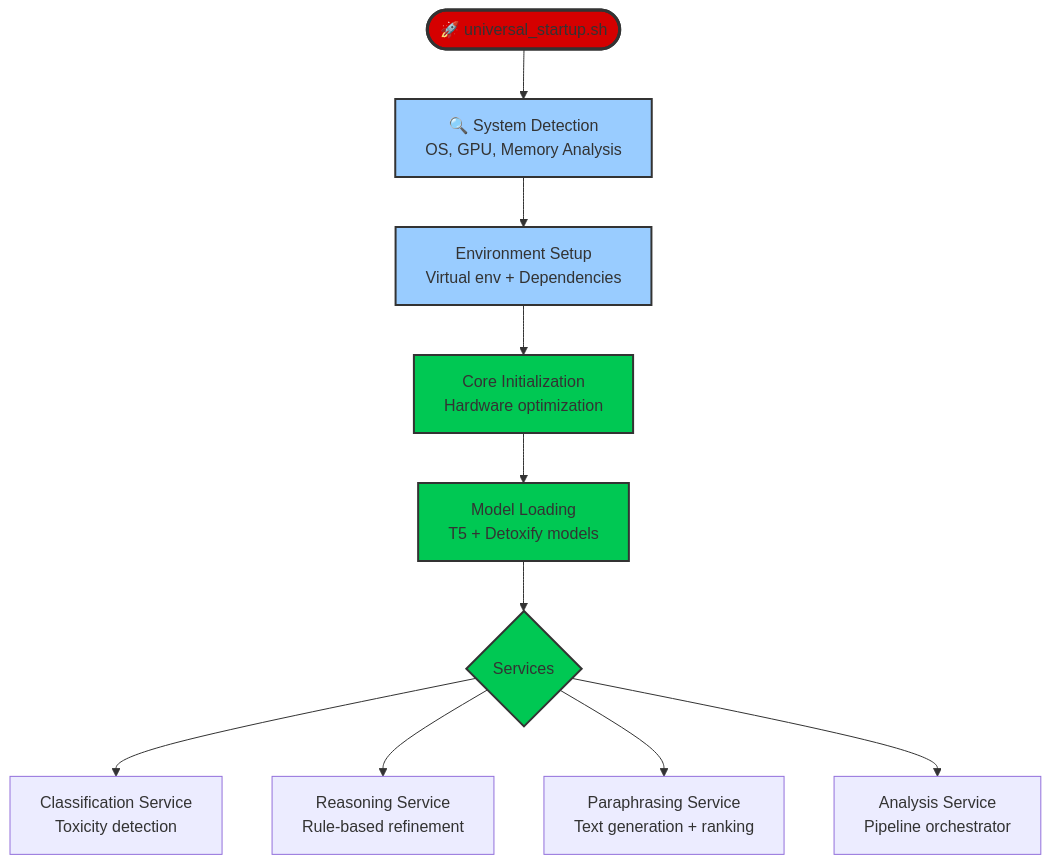
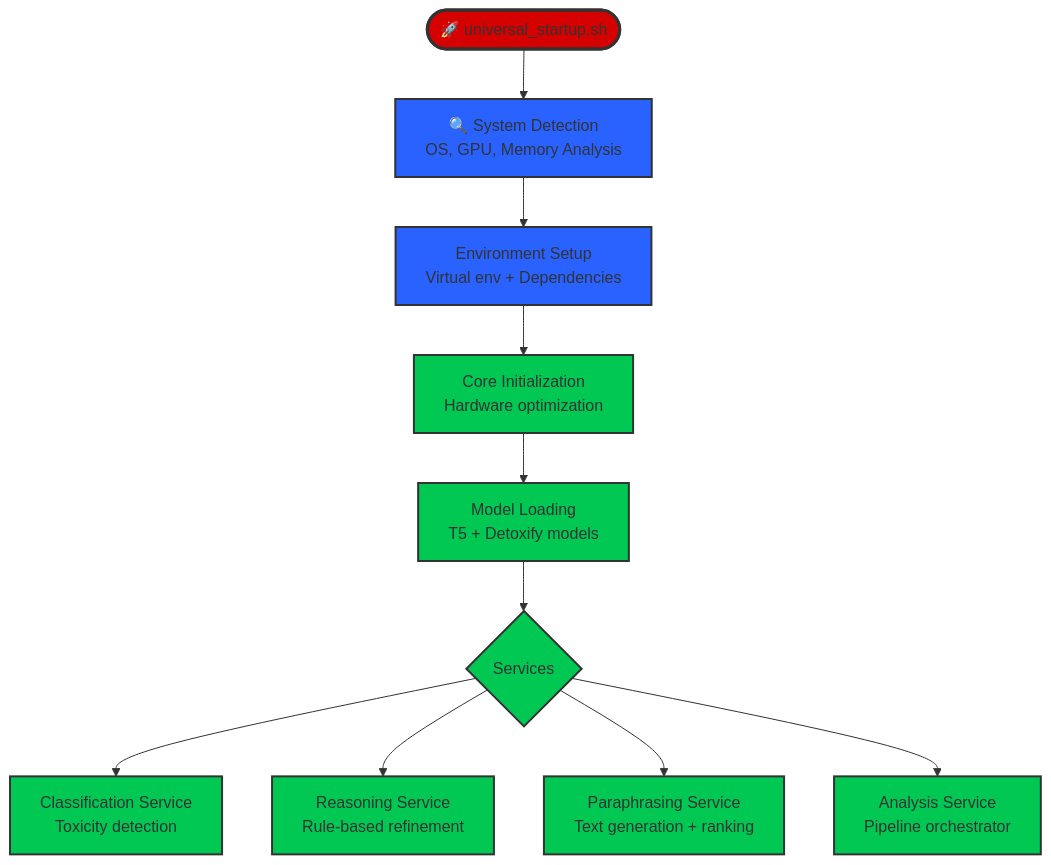
Before and after one commit to AntonioRinaldidev/toxic-radar: the first of 2 diagrams in AI/README.MD, drawn with Mermaid.

````diff
--- a/AI/README.MD
+++ b/AI/README.MD
@@ -79,20 +79,24 @@
 ```mermaid
 flowchart TD
     Start([🚀 universal_startup.sh]) --> SystemDetect[🔍 System Detection<br/>OS, GPU, Memory Analysis]
     SystemDetect --> VenvSetup[Environment Setup<br/>Virtual env + Dependencies]
     VenvSetup --> CoreInit[Core Initialization<br/>Hardware optimization]
     CoreInit --> ModelLoad[Model Loading<br/>T5 + Detoxify models]
     ModelLoad --> Services{Services}
     
     Services --> Classifier[Classification Service<br/>Toxicity detection]
     Services --> Reasoning[Reasoning Service<br/>Rule-based refinement]
     Services --> Paraphrasing[Paraphrasing Service<br/>Text generation + ranking]
     Services --> Analysis[Analysis Service<br/>Pipeline orchestrator]
     style Start  fill:#D50000,stroke:#333,stroke-width:3px
-    style SystemDetect fill:#99ccff,stroke:#333,stroke-width:2px
-    style VenvSetup fill:#99ccff,stroke:#333,stroke-width:2px
+    style SystemDetect fill:#2962FF,stroke:#333,stroke-width:2px
+    style VenvSetup fill:#2962FF,stroke:#333,stroke-width:2px
     style CoreInit fill:#00C853,stroke:#333,stroke-width:2px
     style ModelLoad fill:#00C853,stroke:#333,stroke-width:2px
     style Services fill:#00C853,stroke:#333,stroke-width:2px
+    style Classifier fill:#00C853,stroke:#333,stroke-width:2px
+    style Reasoning fill:#00C853,stroke:#333,stroke-width:2px
+    style Paraphrasing fill:#00C853,stroke:#333,stroke-width:2px
+    style Analysis fill:#00C853,stroke:#333,stroke-width:2px
     
 ```
````
